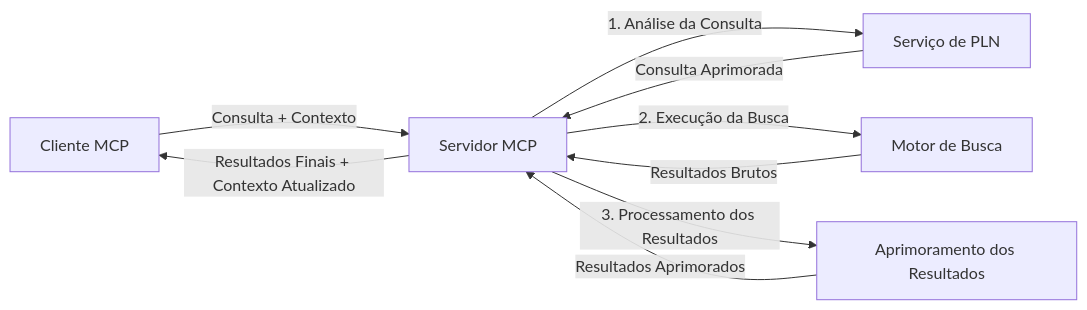
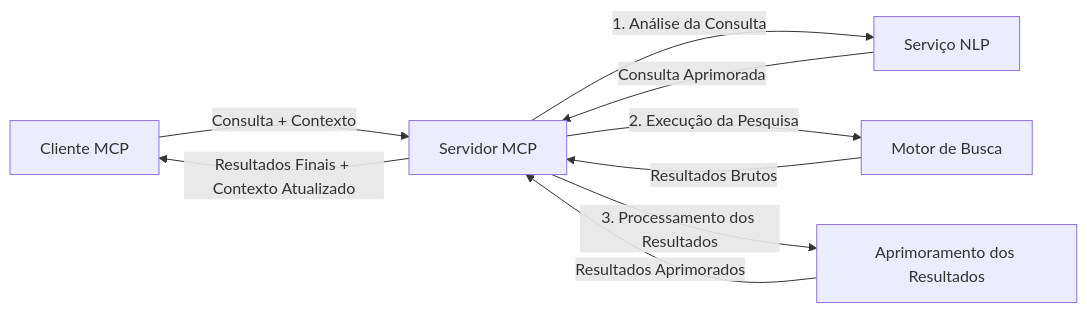
The fourth of 4 diagrams in translations/pt-BR/05-AdvancedTopics/mcp-realtimesearch/README.md (microsoft/mcp-for-beginners), drawn with Mermaid before and after one commit. The commit also changed other lines of this file and 129 other files, not shown here.

````diff
--- a/translations/pt-BR/05-AdvancedTopics/mcp-realtimesearch/README.md
+++ b/translations/pt-BR/05-AdvancedTopics/mcp-realtimesearch/README.md
@@ -626,11 +628,11 @@
 ```mermaid
 graph LR
     Client[Cliente MCP] --> |Consulta + Contexto| Server[Servidor MCP]
-    Server --> |1. Análise da Consulta| NLP[Serviço de PLN]
+    Server --> |1. Análise da Consulta| NLP[Serviço NLP]
     NLP --> |Consulta Aprimorada| Server
-    Server --> |2. Execução da Busca| Search[Motor de Busca]
+    Server --> |2. Execução da Pesquisa| Search[Motor de Busca]
     Search --> |Resultados Brutos| Server
     Server --> |3. Processamento dos Resultados| Enhancement[Aprimoramento dos Resultados]
     Enhancement --> |Resultados Aprimorados| Server
     Server --> |Resultados Finais + Contexto Atualizado| Client
 ```
````
